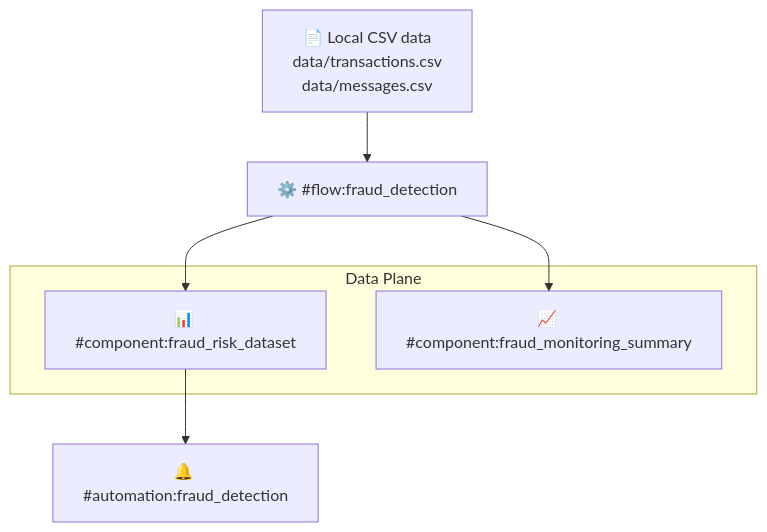
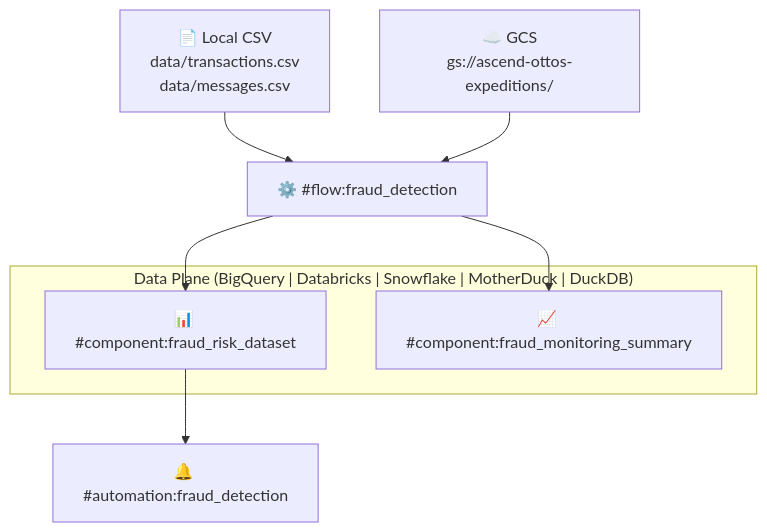
Before and after one commit to portiajefferson/agentic-fraud-detection-pipeline: the first of 3 diagrams in README.md, drawn with Mermaid. The commit also changed other lines of this file and 15 other files, not shown here.

````diff
--- a/README.md
+++ b/README.md
@@ -48,14 +49,15 @@
 ```mermaid
 flowchart TD
-    A["📄 Local CSV data\ndata/transactions.csv\ndata/messages.csv"] --> B["⚙️ #flow:fraud_detection"]
+    A["📄 Local CSV\ndata/transactions.csv\ndata/messages.csv"] --> B["⚙️ #flow:fraud_detection"]
+    G["☁️ GCS\ngs://ascend-ottos-expeditions/"] --> B
 
     B --> C["📊 #component:fraud_risk_dataset"]
     B --> D["📈 #component:fraud_monitoring_summary"]
 
     C --> E["🔔 #automation:fraud_detection"]
 
-    subgraph "Data Plane"
+    subgraph "Data Plane (BigQuery | Databricks | Snowflake | MotherDuck | DuckDB)"
       C
       D
     end
 ```
````
